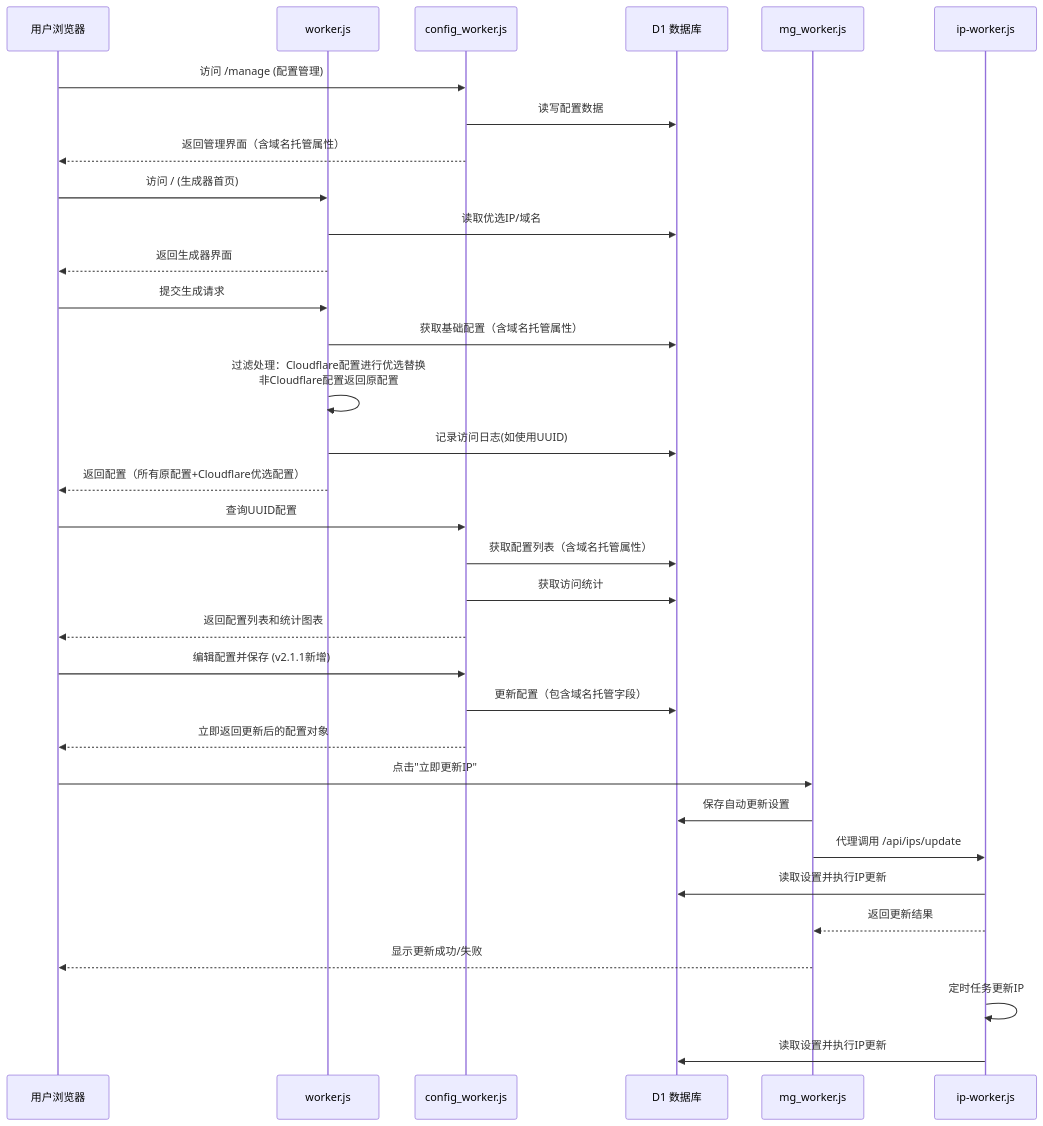
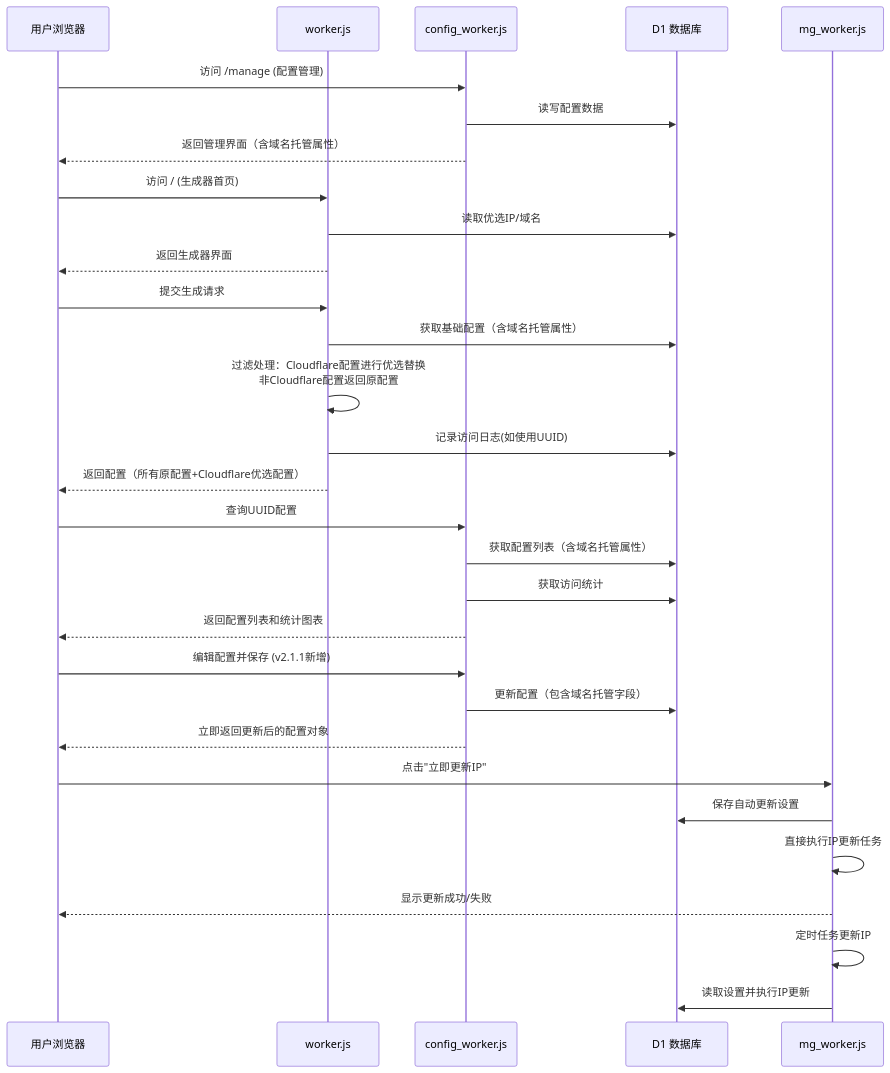
One commit to yangzifun/cfst changed the first of 2 diagrams in readme.md. Above: the diagram before and after it, drawn with Mermaid. The commit also changed other lines of this file and 6 other files, not shown here.

````diff
--- a/readme.md
+++ b/readme.md
@@ -288,42 +277,39 @@
 ```mermaid
 sequenceDiagram
     participant User as 用户浏览器
     participant Main as worker.js
     participant Config as config_worker.js
     participant DB as D1 数据库
     participant Mg as mg_worker.js
-    participant IP as ip-worker.js
 
     User->>Config: 访问 /manage (配置管理)
     Config->>DB: 读写配置数据
     Config-->>User: 返回管理界面（含域名托管属性）
 
     User->>Main: 访问 / (生成器首页)
     Main->>DB: 读取优选IP/域名
     Main-->>User: 返回生成器界面
 
     User->>Main: 提交生成请求
     Main->>DB: 获取基础配置（含域名托管属性）
     Main->>Main: 过滤处理：Cloudflare配置进行优选替换<br/>非Cloudflare配置返回原配置
     Main->>DB: 记录访问日志(如使用UUID)
     Main-->>User: 返回配置（所有原配置+Cloudflare优选配置）
 
     User->>Config: 查询UUID配置
     Config->>DB: 获取配置列表（含域名托管属性）
     Config->>DB: 获取访问统计
     Config-->>User: 返回配置列表和统计图表
 
     User->>Config: 编辑配置并保存 (v2.1.1新增)
     Config->>DB: 更新配置（包含域名托管字段）
     Config-->>User: 立即返回更新后的配置对象
 
     User->>Mg: 点击"立即更新IP"
     Mg->>DB: 保存自动更新设置
-    Mg->>IP: 代理调用 /api/ips/update
-    IP->>DB: 读取设置并执行IP更新
-    IP-->>Mg: 返回更新结果
+    Mg->>Mg: 直接执行IP更新任务
     Mg-->>User: 显示更新成功/失败
 
-    IP->>IP: 定时任务更新IP
-    IP->>DB: 读取设置并执行IP更新
+    Mg->>Mg: 定时任务更新IP
+    Mg->>DB: 读取设置并执行IP更新
 ```
````
